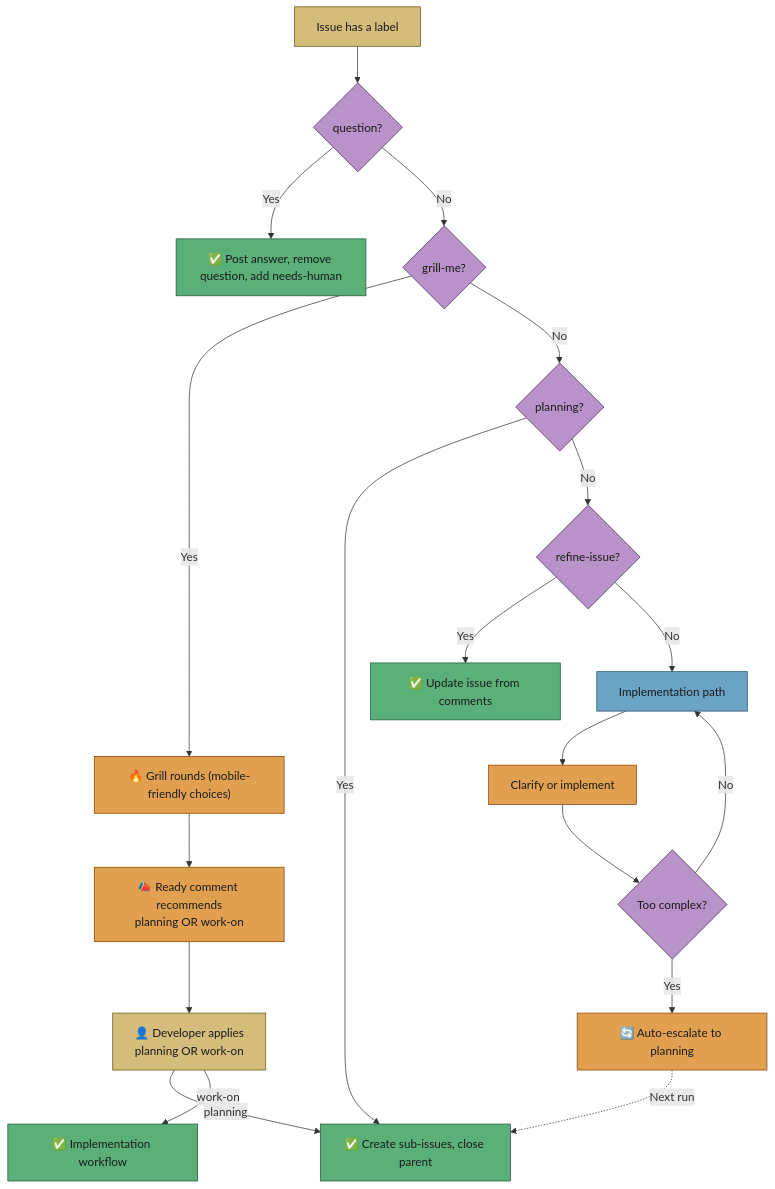
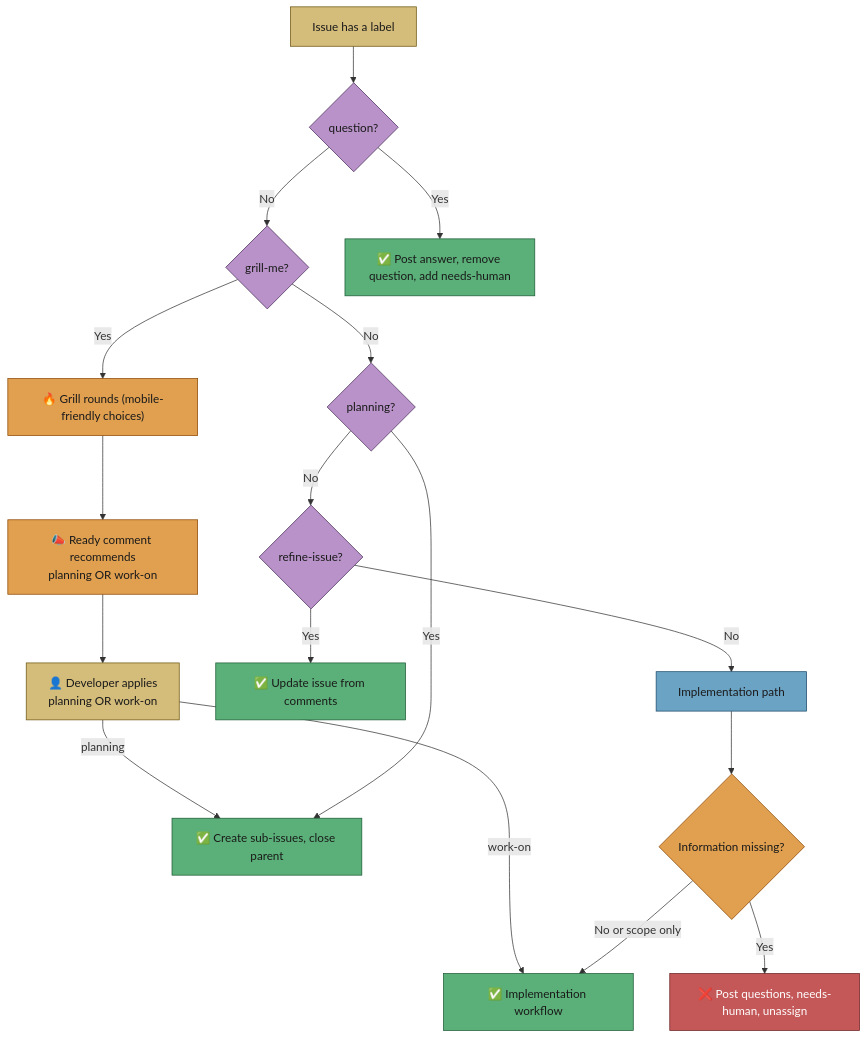
The first of 13 diagrams in docs/workflows/planning-and-questions.md (stSoftwareAU/VibeCoder), drawn with Mermaid before and after one commit. The commit also changed other lines of this file and 5 other files, not shown here.

Commit message:
Keep scope-only clarity results in implementation (#4147)

````diff
--- a/docs/workflows/planning-and-questions.md
+++ b/docs/workflows/planning-and-questions.md
@@ -26,53 +26,49 @@
 ```mermaid
 flowchart TD
   Label["Issue has a label"]
   Q{"question?"}
   G{"grill-me?"}
   P{"planning?"}
   R{"refine-issue?"}
   Quest["✅ Post answer, remove question, add needs-human"]
   Grill["🔥 Grill rounds (mobile-friendly choices)"]
   Ready["📣 Ready comment recommends<br/>planning OR work-on"]
   Dev["👤 Developer applies<br/>planning OR work-on"]
   Plan["✅ Create sub-issues, close parent"]
   Work["✅ Implementation workflow"]
   Ref["✅ Update issue from comments"]
   Impl["Implementation path"]
-  Clar["Clarify or implement"]
-  Complex{"Too complex?"}
-  Escalate["🔄 Auto-escalate to planning"]
+  Clar{"Information missing?"}
+  Ask["❌ Post questions, needs-human, unassign"]
   Label --> Q
   Q -->|Yes| Quest
   Q -->|No| G
   G -->|Yes| Grill
   Grill --> Ready
   Ready --> Dev
   Dev -->|planning| Plan
   Dev -->|work-on| Work
   G -->|No| P
   P -->|Yes| Plan
   P -->|No| R
   R -->|Yes| Ref
   R -->|No| Impl
   Impl --> Clar
-  Clar --> Complex
-  Complex -->|Yes| Escalate
-  Escalate -.->|"Next run"| Plan
-  Complex -->|No| Impl
+  Clar -->|Yes| Ask
+  Clar -->|No or scope only| Work
   style Label fill:#d4bc7a,stroke:#6b5510,color:#1a1a1a
   style Q fill:#b892c8,stroke:#4a2d5a,color:#1a1a1a
   style G fill:#b892c8,stroke:#4a2d5a,color:#1a1a1a
   style P fill:#b892c8,stroke:#4a2d5a,color:#1a1a1a
   style R fill:#b892c8,stroke:#4a2d5a,color:#1a1a1a
   style Quest fill:#5ab078,stroke:#1d5a35,color:#1a1a1a
   style Grill fill:#e0a050,stroke:#8b4500,color:#1a1a1a
   style Ready fill:#e0a050,stroke:#8b4500,color:#1a1a1a
   style Dev fill:#d4bc7a,stroke:#6b5510,color:#1a1a1a
   style Plan fill:#5ab078,stroke:#1d5a35,color:#1a1a1a
   style Work fill:#5ab078,stroke:#1d5a35,color:#1a1a1a
   style Ref fill:#5ab078,stroke:#1d5a35,color:#1a1a1a
   style Impl fill:#6ba3c4,stroke:#1d4a6a,color:#1a1a1a
   style Clar fill:#e0a050,stroke:#8b4500,color:#1a1a1a
-  style Complex fill:#b892c8,stroke:#4a2d5a,color:#1a1a1a
-  style Escalate fill:#e0a050,stroke:#8b4500,color:#1a1a1a
+  style Ask fill:#c45858,stroke:#6b2020,color:#fff
 ```
````
